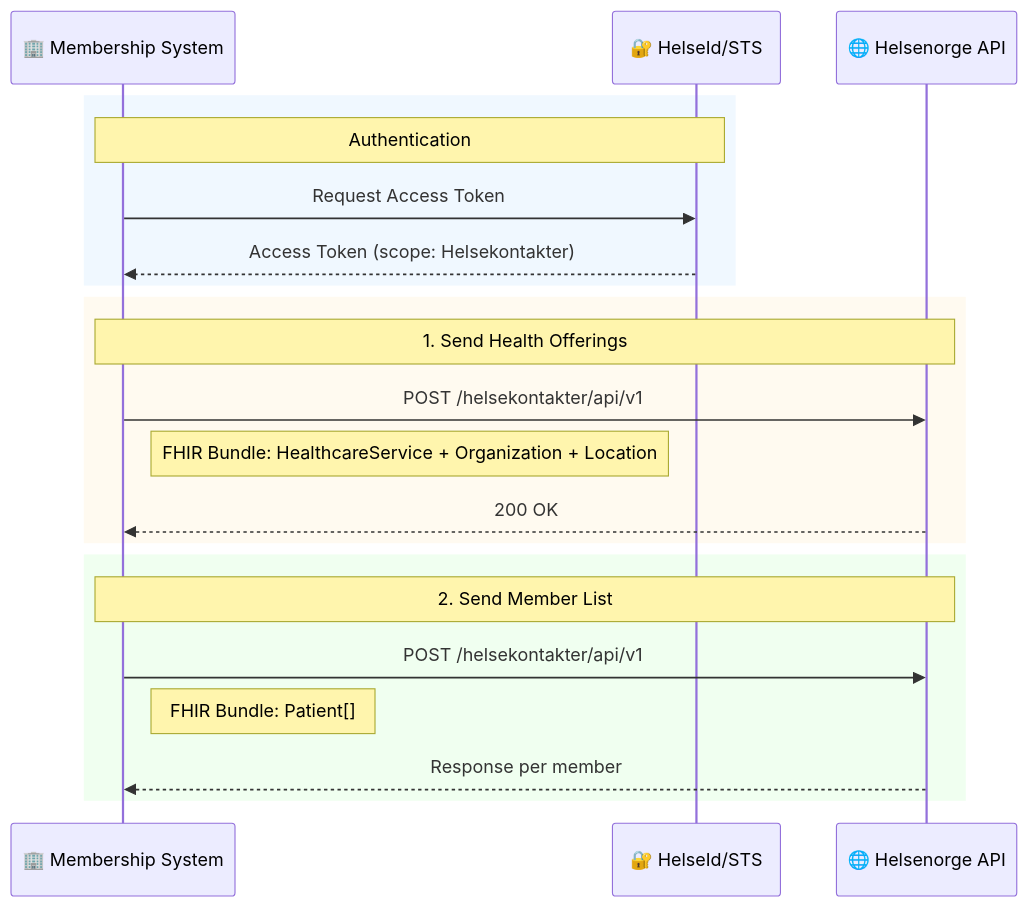
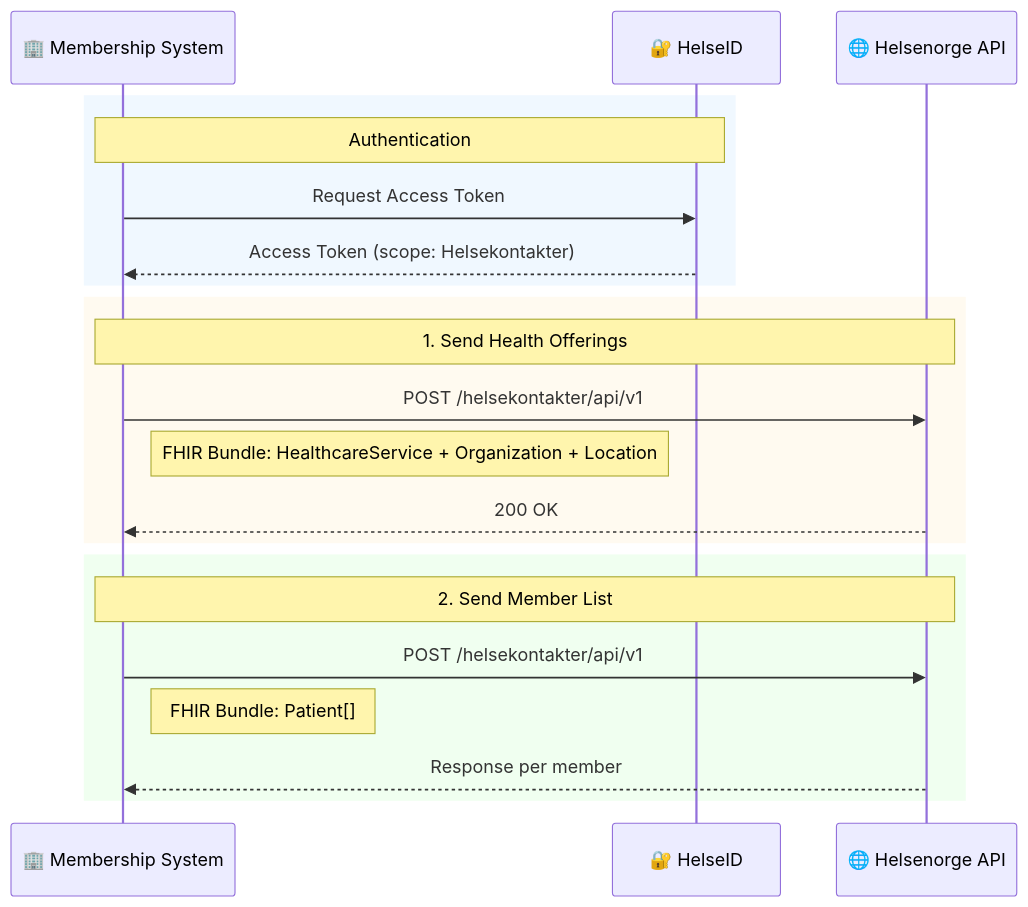
The diagram in APIs/Helsekontakt/Medlemstjenester/Medlemstjenester_Flow.mmd (richardmax-visma/DigiHealth_Documentation), drawn with Mermaid before and after one commit. The commit also changed 1 other file, not shown here.

```diff
--- a/APIs/Helsekontakt/Medlemstjenester/Medlemstjenester_Flow.mmd
+++ b/APIs/Helsekontakt/Medlemstjenester/Medlemstjenester_Flow.mmd
@@ -1,24 +1,24 @@
 sequenceDiagram
     participant MS as 🏢 Membership System
-    participant Auth as 🔐 HelseId/STS
+    participant Auth as 🔐 HelseID
     participant HN as 🌐 Helsenorge API
 
     rect rgb(240, 248, 255)
         Note over MS,Auth: Authentication
         MS->>Auth: Request Access Token
         Auth-->>MS: Access Token (scope: Helsekontakter)
     end
 
     rect rgb(255, 250, 240)
         Note over MS,HN: 1. Send Health Offerings
         MS->>HN: POST /helsekontakter/api/v1
         Note right of MS: FHIR Bundle: HealthcareService + Organization + Location
         HN-->>MS: 200 OK
     end
 
     rect rgb(240, 255, 240)
         Note over MS,HN: 2. Send Member List
         MS->>HN: POST /helsekontakter/api/v1
         Note right of MS: FHIR Bundle: Patient[]
         HN-->>MS: Response per member
     end
```
